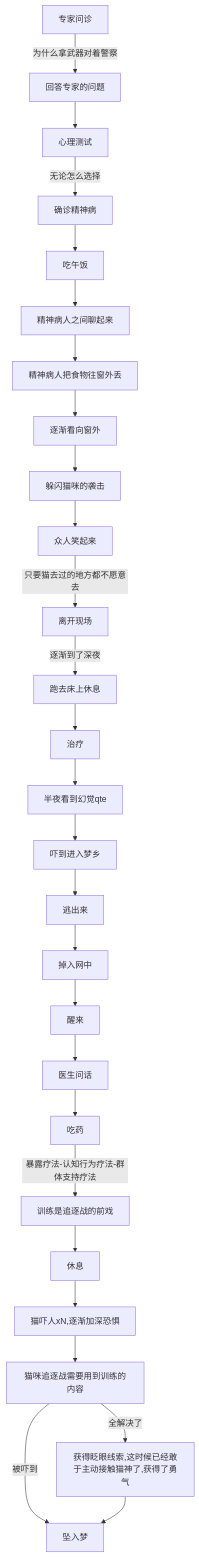
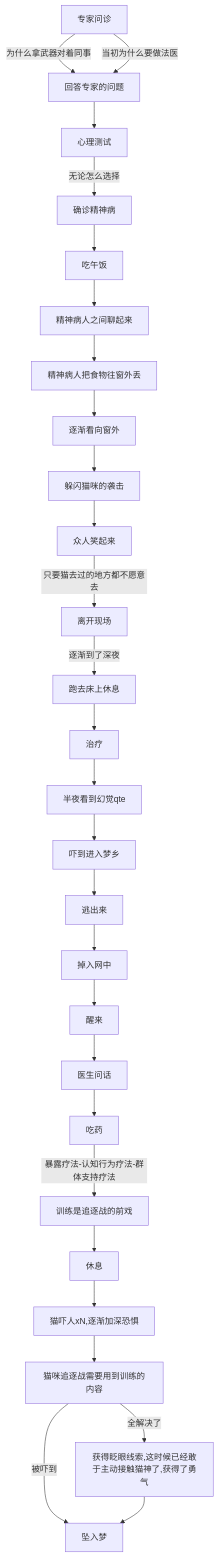
The second of 5 diagrams in readme.md (chichinohaha/nekogami), drawn with Mermaid before and after one commit. The commit also changed other lines of this file, not shown here.

````diff
--- a/readme.md
+++ b/readme.md
@@ -420,32 +478,34 @@
 ```mermaid
 graph TD;
 
-ask[专家问诊]-->|为什么拿武器对着警察|anser[回答专家的问题];
+ask[专家问诊]-->|为什么拿武器对着同事|anser[回答专家的问题];
+ask[专家问诊]-->|当初为什么要做法医|anser[回答专家的问题];
+
 anser-->test[心理测试];
 test-->|无论怎么选择|qz[确诊精神病];
 qz-->lunch[吃午饭];
 lunch-->chat[精神病人之间聊起来];
 chat-->feed[精神病人把食物往窗外丢];
 feed-->lookout[逐渐看向窗外];
 lookout-->dodge[躲闪猫咪的袭击];
 dodge -->laugh;
 laugh[众人笑起来]-->|只要猫去过的地方都不愿意去|move[离开现场];
 move-->|逐渐到了深夜|sleep[跑去床上休息];
 sleep-->治疗;
 治疗-->半夜看到幻觉qte;
 半夜看到幻觉qte-->吓到进入梦乡;
 吓到进入梦乡-->逃出来;
 逃出来-->掉入网中;
 掉入网中-->醒来;
 醒来-->医生问话;
 医生问话-->吃药;
 吃药-->|暴露疗法-认知行为疗法-群体支持疗法|xl[训练是追逐战的前戏];
 xl-->rest[休息];
 rest-->catFright[猫吓人xN,逐渐加深恐惧];
 catFright-->hitandrun[猫咪追逐战需要用到训练的内容];
 hitandrun-->|被吓到|dream[坠入梦];
 hitandrun-->|全解决了|xs[获得眨眼线索,这时候已经敢于主动接触猫神了,获得了勇气];
 xs-->dream;
 
 
 ```
````
